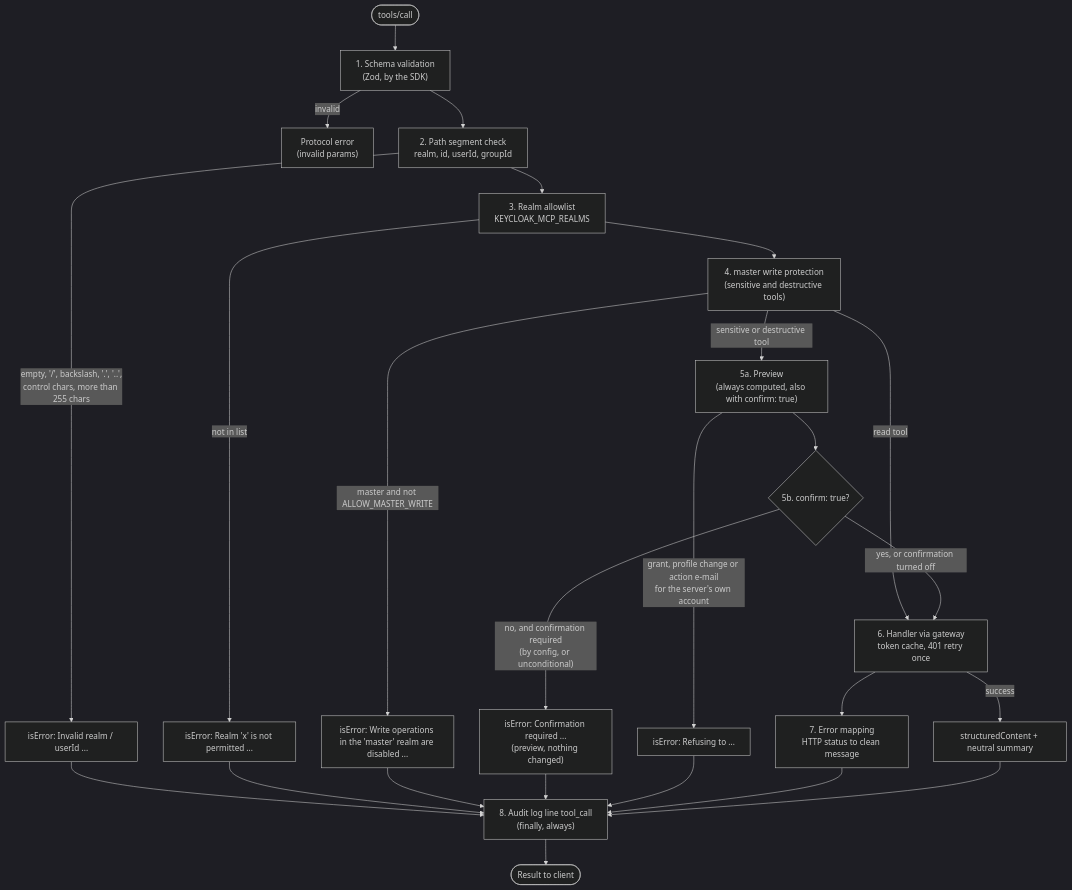
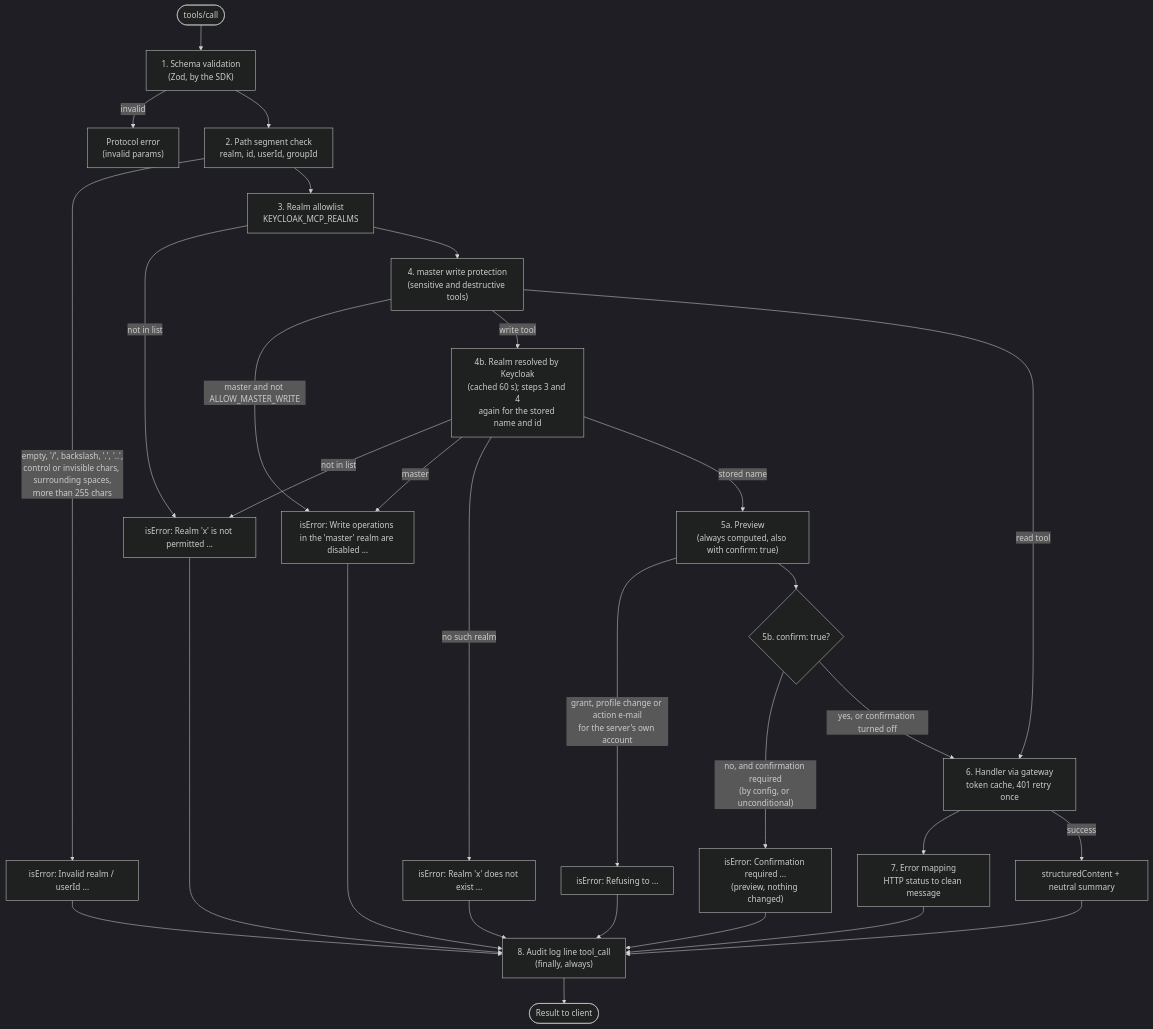
The second of 2 diagrams in docs/security.md (ChristophEnglisch/keycloak-model-context-protocol), drawn with Mermaid (dark theme) before and after one commit. The commit also changed other lines of this file and 2 other files, not shown here.

Commit message:
docs: describe realm resolution, startup warnings and login backoff

````diff
--- a/docs/security.md
+++ b/docs/security.md
@@ -33,27 +33,32 @@
 ```mermaid
 flowchart TD
     A(["tools/call"]) --> B["1. Schema validation<br/>(Zod, by the SDK)"]
     B -- invalid --> X1["Protocol error<br/>(invalid params)"]
     B --> C["2. Path segment check<br/>realm, id, userId, groupId"]
-    C -- "empty, '/', backslash, '.', '..',<br/>control chars, more than 255 chars" --> E1["isError: Invalid realm / userId ..."]
+    C -- "empty, '/', backslash, '.', '..',<br/>control or invisible chars, surrounding spaces,<br/>more than 255 chars" --> E1["isError: Invalid realm / userId ..."]
     C --> D["3. Realm allowlist<br/>KEYCLOAK_MCP_REALMS"]
     D -- "not in list" --> E2["isError: Realm 'x' is not permitted ..."]
     D --> F["4. master write protection<br/>(sensitive and destructive tools)"]
     F -- "master and not ALLOW_MASTER_WRITE" --> E3["isError: Write operations in the 'master' realm are disabled ..."]
+    F -- "write tool" --> K["4b. Realm resolved by Keycloak<br/>(cached 60 s); steps 3 and 4<br/>again for the stored name and id"]
+    K -- "not in list" --> E2
+    K -- "master" --> E3
+    K -- "no such realm" --> E6["isError: Realm 'x' does not exist ..."]
     F -- "read tool" --> H
-    F -- "sensitive or destructive tool" --> P["5a. Preview<br/>(always computed, also with confirm: true)"]
+    K -- "stored name" --> P["5a. Preview<br/>(always computed, also with confirm: true)"]
     P -- "grant, profile change or action e-mail<br/>for the server's own account" --> E5["isError: Refusing to ..."]
     P --> G{"5b. confirm: true?"}
     G -- "no, and confirmation required<br/>(by config, or unconditional)" --> E4["isError: Confirmation required ...<br/>(preview, nothing changed)"]
     G -- "yes, or confirmation turned off" --> H["6. Handler via gateway<br/>token cache, 401 retry once"]
     H --> I["7. Error mapping<br/>HTTP status to clean message"]
     H -- success --> J["structuredContent + neutral summary"]
     E1 --> L
     E2 --> L
     E3 --> L
     E4 --> L
     E5 --> L
+    E6 --> L
     I --> L
     J --> L["8. Audit log line tool_call<br/>(finally, always)"]
     L --> R(["Result to client"])
 ```
````
